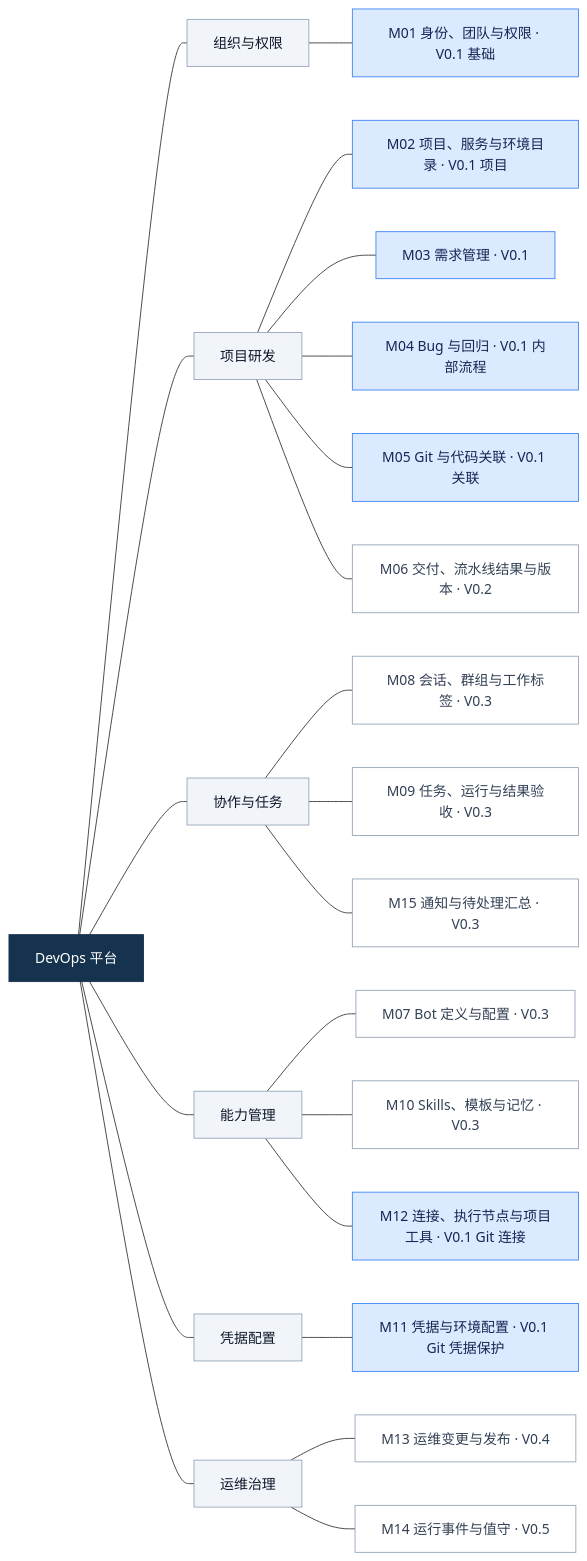
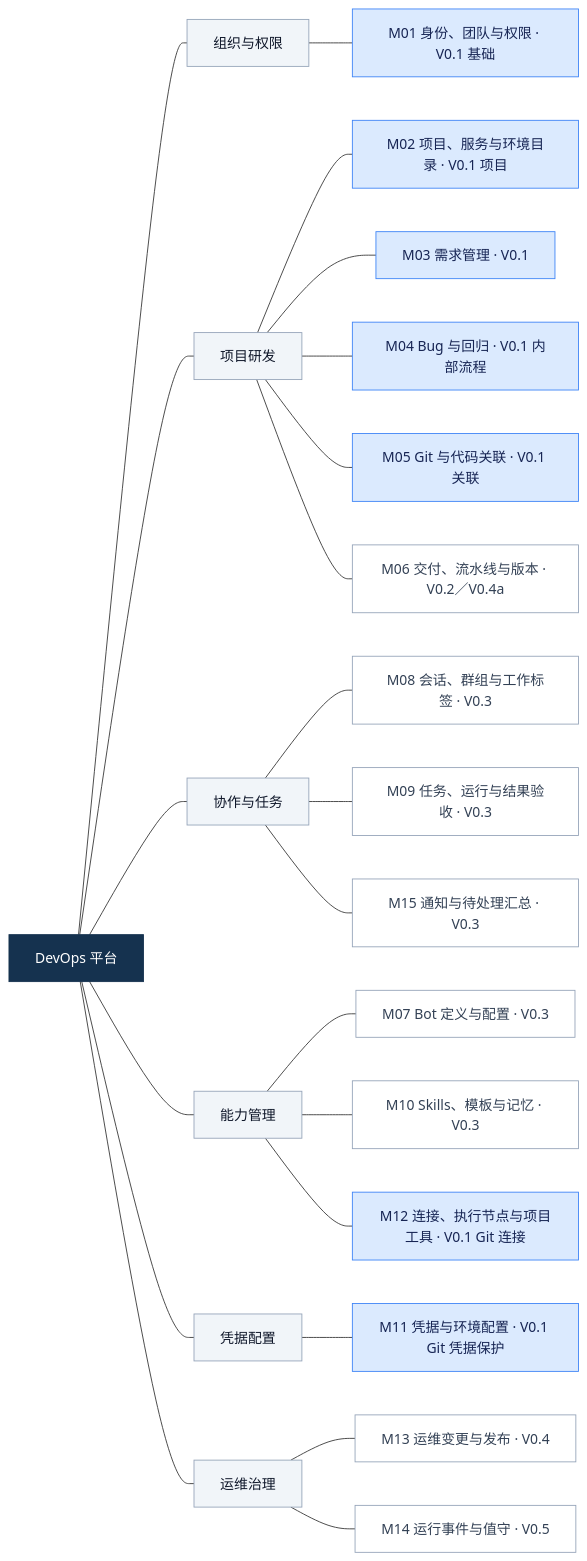
One commit to aiShuiJiaoDeXioShou/dev-ops changed the first of 3 diagrams in docs/prd/project-maps.md. Above: the diagram before and after it, drawn with Mermaid. The commit also changed other lines of this file and 192 other files, not shown here.

````diff
--- a/docs/prd/project-maps.md
+++ b/docs/prd/project-maps.md
@@ -11,35 +11,35 @@
 ```mermaid
 flowchart LR
     platform["DevOps 平台"]
     platform --- organization["组织与权限"]
     platform --- research["项目研发"]
     platform --- collaboration["协作与任务"]
     platform --- capability["能力管理"]
     platform --- credential["凭据配置"]
     platform --- operation["运维治理"]
 
     organization --- m01["M01 身份、团队与权限 · V0.1 基础"]
     research --- m02["M02 项目、服务与环境目录 · V0.1 项目"]
     research --- m03["M03 需求管理 · V0.1"]
     research --- m04["M04 Bug 与回归 · V0.1 内部流程"]
     research --- m05["M05 Git 与代码关联 · V0.1 关联"]
-    research --- m06["M06 交付、流水线结果与版本 · V0.2"]
+    research --- m06["M06 交付、流水线与版本 · V0.2／V0.4a"]
     collaboration --- m08["M08 会话、群组与工作标签 · V0.3"]
     collaboration --- m09["M09 任务、运行与结果验收 · V0.3"]
     collaboration --- m15["M15 通知与待处理汇总 · V0.3"]
     capability --- m07["M07 Bot 定义与配置 · V0.3"]
     capability --- m10["M10 Skills、模板与记忆 · V0.3"]
     capability --- m12["M12 连接、执行节点与项目工具 · V0.1 Git 连接"]
     credential --- m11["M11 凭据与环境配置 · V0.1 Git 凭据保护"]
     operation --- m13["M13 运维变更与发布 · V0.4"]
     operation --- m14["M14 运行事件与值守 · V0.5"]
 
     classDef root fill:#15324F,color:#FFFFFF,stroke:#15324F
     classDef domain fill:#F1F5F9,color:#0F172A,stroke:#94A3B8
     classDef first fill:#DBEAFE,color:#172554,stroke:#3B82F6
     classDef later fill:#FFFFFF,color:#334155,stroke:#94A3B8
     class platform root
     class organization,research,collaboration,capability,credential,operation domain
     class m01,m02,m03,m04,m05,m11,m12 first
     class m06,m07,m08,m09,m10,m13,m14,m15 later
 ```
````
